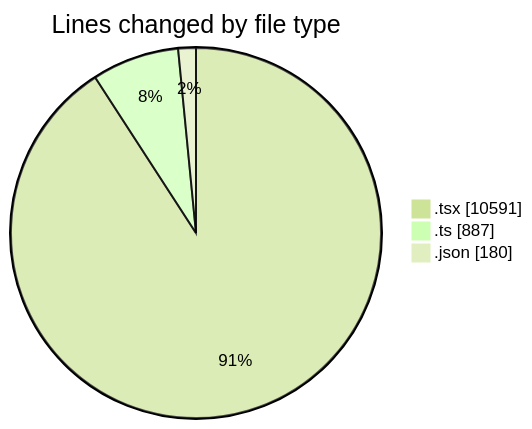
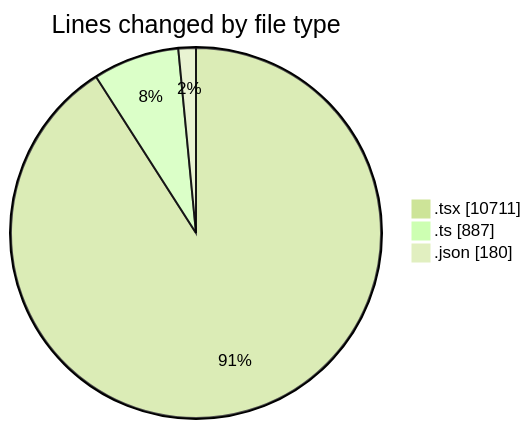
The first of 2 diagrams in 2025-02-18/mbc-web/README.md (robertbonfada/code-tracking), drawn with Mermaid (forest theme) before and after one commit. The commit also changed other lines of this file and 1 other file, not shown here.

````diff
--- a/2025-02-18/mbc-web/README.md
+++ b/2025-02-18/mbc-web/README.md
@@ -138,7 +139,7 @@
 ```mermaid
 pie showData
 title Lines changed by file type
-".tsx" : 10591
+".tsx" : 10711
 ".ts" : 887
 ".json" : 180
 ```
````
